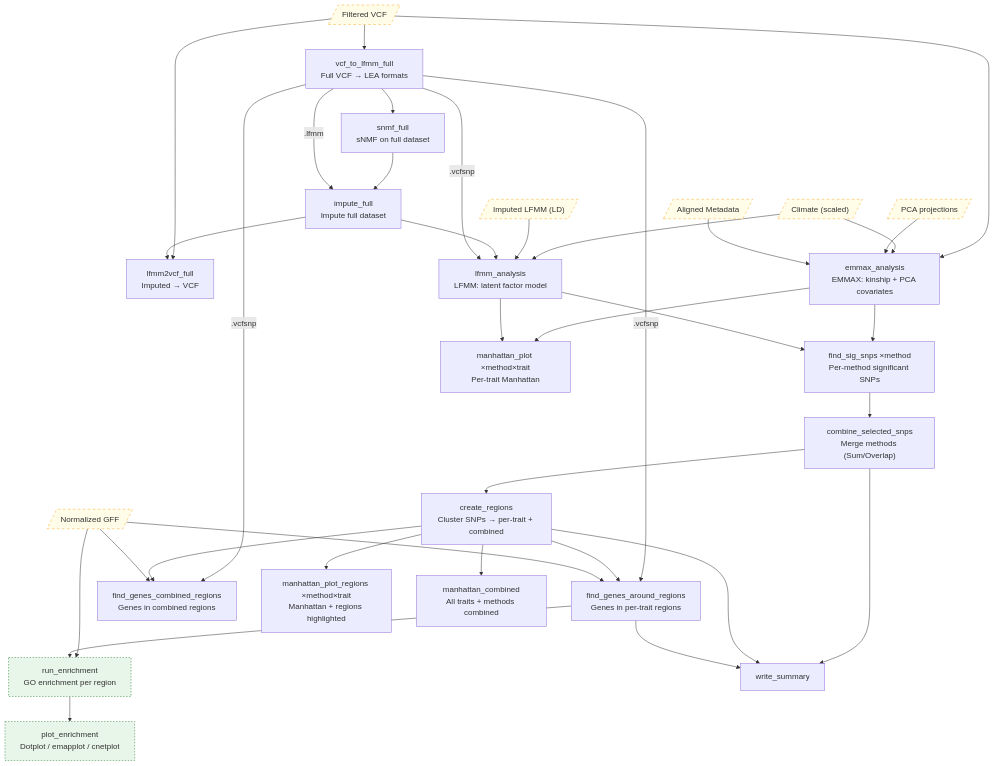
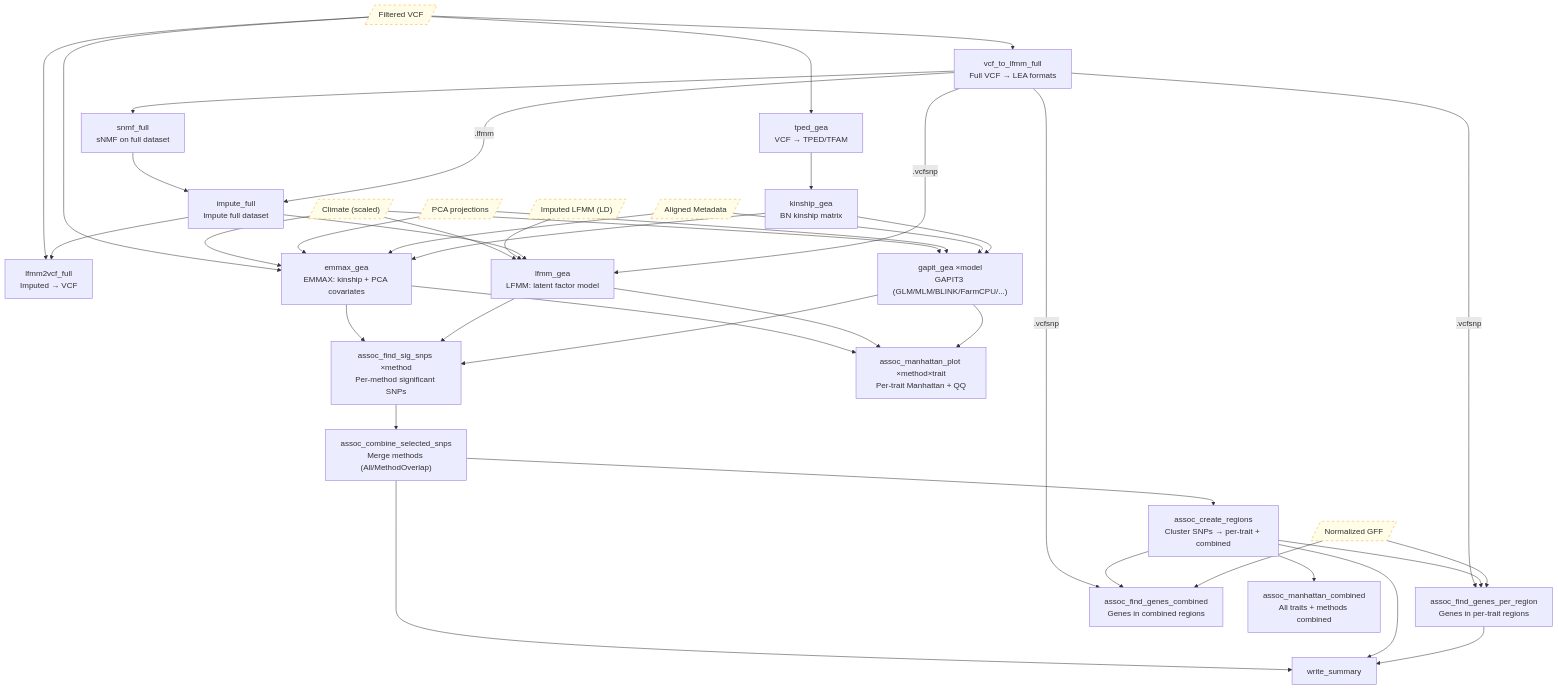
Before and after one commit to hubner-lab/ADAPTOGENE: the fifth of 8 diagrams in docs/pipeline_dag.md, drawn with Mermaid. The commit also changed other lines of this file and 3 other files, not shown here.

````diff
--- a/docs/pipeline_dag.md
+++ b/docs/pipeline_dag.md
@@ -215,48 +203,48 @@
 ```mermaid
 flowchart TB
     classDef data fill:#FFFDE7,stroke:#F9A825,color:#333,stroke-dasharray:5 5
-    classDef enrich fill:#E8F5E9,stroke:#2E7D32,color:#333,stroke-dasharray:3 3
 
     VCF_FILT[/"Filtered VCF"/]:::data
     CLIMATE[/"Climate (scaled)"/]:::data
     PCA[/"PCA projections"/]:::data
     META[/"Aligned Metadata"/]:::data
     LFMM_IMP[/"Imputed LFMM (LD)"/]:::data
     GFF[/"Normalized GFF"/]:::data
 
     vcf2lfmm_full["vcf_to_lfmm_full\nFull VCF → LEA formats"]
     snmf_full["snmf_full\nsNMF on full dataset"]
     impute_full["impute_full\nImpute full dataset"]
     lfmm2vcf_full["lfmm2vcf_full\nImputed → VCF"]
-    emmax["emmax_analysis\nEMMAX: kinship + PCA covariates"]
-    lfmm_rule["lfmm_analysis\nLFMM: latent factor model"]
-    sig_snps["find_sig_snps ×method\nPer-method significant SNPs"]
-    combine["combine_selected_snps\nMerge methods (Sum/Overlap)"]
-    regions["create_regions\nCluster SNPs → per-trait + combined"]
-    genes["find_genes_around_regions\nGenes in per-trait regions"]
-    genes_c["find_genes_combined_regions\nGenes in combined regions"]
-    enrichment["run_enrichment\nGO enrichment per region"]:::enrich
-    enrich_plots["plot_enrichment\nDotplot / emapplot / cnetplot"]:::enrich
-    manh_simple["manhattan_plot ×method×trait\nPer-trait Manhattan"]
-    manh_regions["manhattan_plot_regions ×method×trait\nManhattan + regions highlighted"]
-    manh_combined["manhattan_combined\nAll traits + methods combined"]
+    tped_gea["tped_gea\nVCF → TPED/TFAM"]
+    kinship_gea["kinship_gea\nBN kinship matrix"]
+    emmax["emmax_gea\nEMMAX: kinship + PCA covariates"]
+    lfmm_rule["lfmm_gea\nLFMM: latent factor model"]
+    gapit["gapit_gea ×model\nGAPIT3 (GLM/MLM/BLINK/FarmCPU/...)"]
+    sig_snps["assoc_find_sig_snps ×method\nPer-method significant SNPs"]
+    combine["assoc_combine_selected_snps\nMerge methods (All/MethodOverlap)"]
+    regions["assoc_create_regions\nCluster SNPs → per-trait + combined"]
+    genes["assoc_find_genes_per_region\nGenes in per-trait regions"]
+    genes_c["assoc_find_genes_combined\nGenes in combined regions"]
+    manh_plot["assoc_manhattan_plot ×method×trait\nPer-trait Manhattan + QQ"]
+    manh_combined["assoc_manhattan_combined\nAll traits + methods combined"]
     summary["write_summary"]
 
     VCF_FILT --> vcf2lfmm_full --> snmf_full --> impute_full
     vcf2lfmm_full -- ".lfmm" --> impute_full
-    VCF_FILT --> lfmm2vcf_full
+    VCF_FILT --> lfmm2vcf_full & tped_gea
     impute_full --> lfmm2vcf_full
+    tped_gea --> kinship_gea
     VCF_FILT --> emmax
-    CLIMATE --> emmax & lfmm_rule
-    PCA --> emmax
-    META --> emmax
+    CLIMATE --> emmax & lfmm_rule & gapit
+    PCA --> emmax & gapit
+    META --> emmax & gapit
+    kinship_gea --> emmax & gapit
     LFMM_IMP --> lfmm_rule
     impute_full --> lfmm_rule
     vcf2lfmm_full -- ".vcfsnp" --> lfmm_rule & genes & genes_c
-    emmax & lfmm_rule --> sig_snps --> combine --> regions
-    regions --> genes & genes_c & manh_regions & manh_combined
-    GFF --> genes & genes_c & enrichment
-    genes --> enrichment --> enrich_plots
-    emmax & lfmm_rule --> manh_simple
+    emmax & lfmm_rule & gapit --> sig_snps --> combine --> regions
+    regions --> genes & genes_c & manh_combined
+    GFF --> genes & genes_c
+    emmax & lfmm_rule & gapit --> manh_plot
     combine & regions & genes --> summary
 ```
````
